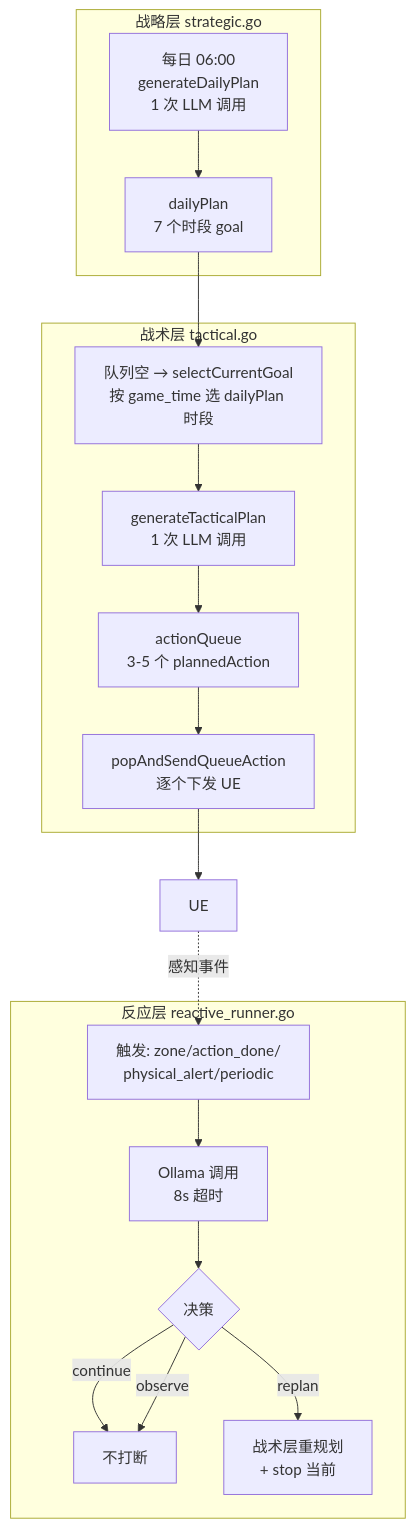
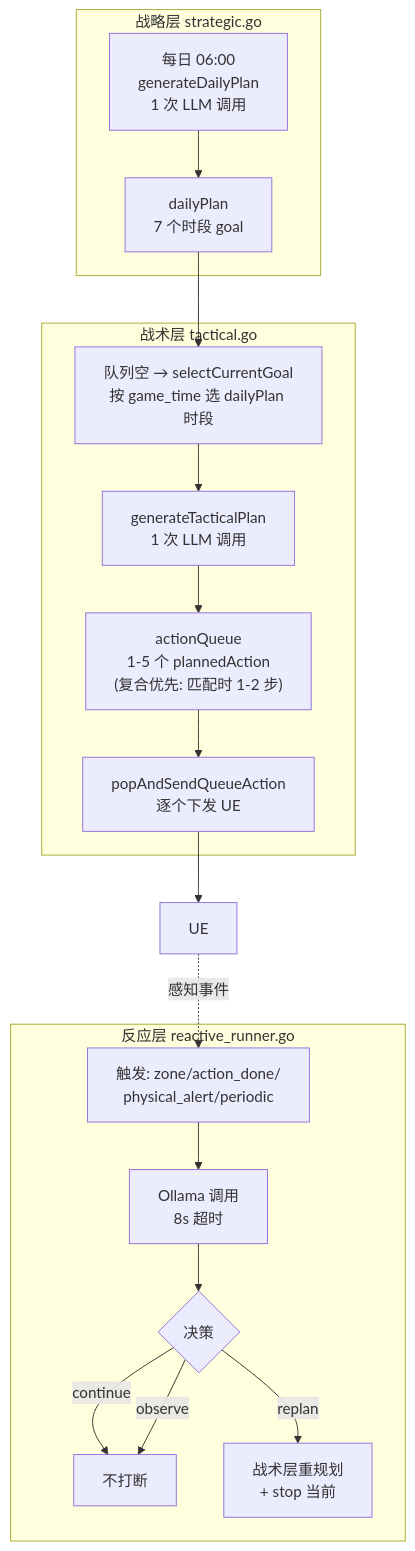
Before and after one commit to yitian-chen/SmartNPC: the second of 5 diagrams in CODEBUDDY.md, drawn with Mermaid. The commit also changed other lines of this file and 3 other files, not shown here.

````diff
--- a/CODEBUDDY.md
+++ b/CODEBUDDY.md
@@ -57,21 +57,21 @@
 ```mermaid
 graph TB
     subgraph 战略层["战略层 strategic.go"]
         S1["每日 06:00<br/>generateDailyPlan<br/>1 次 LLM 调用"] --> S2["dailyPlan<br/>7 个时段 goal"]
     end
     subgraph 战术层["战术层 tactical.go"]
         T1["队列空 → selectCurrentGoal<br/>按 game_time 选 dailyPlan 时段"] --> T2["generateTacticalPlan<br/>1 次 LLM 调用"]
-        T2 --> T3["actionQueue<br/>3-5 个 plannedAction"]
+        T2 --> T3["actionQueue<br/>1-5 个 plannedAction<br/>(复合优先: 匹配时 1-2 步)"]
         T3 --> T4["popAndSendQueueAction<br/>逐个下发 UE"]
     end
     subgraph 反应层["反应层 reactive_runner.go"]
         R1["触发: zone/action_done/<br/>physical_alert/periodic"] --> R2["Ollama 调用<br/>8s 超时"]
         R2 --> R3{"决策"}
         R3 -->|continue| R4[不打断]
         R3 -->|observe| R4
         R3 -->|replan| R7[战术层重规划<br/>+ stop 当前]
     end
     S2 --> T1
     T4 --> UE
     UE -.->|感知事件| R1
 ```
````
